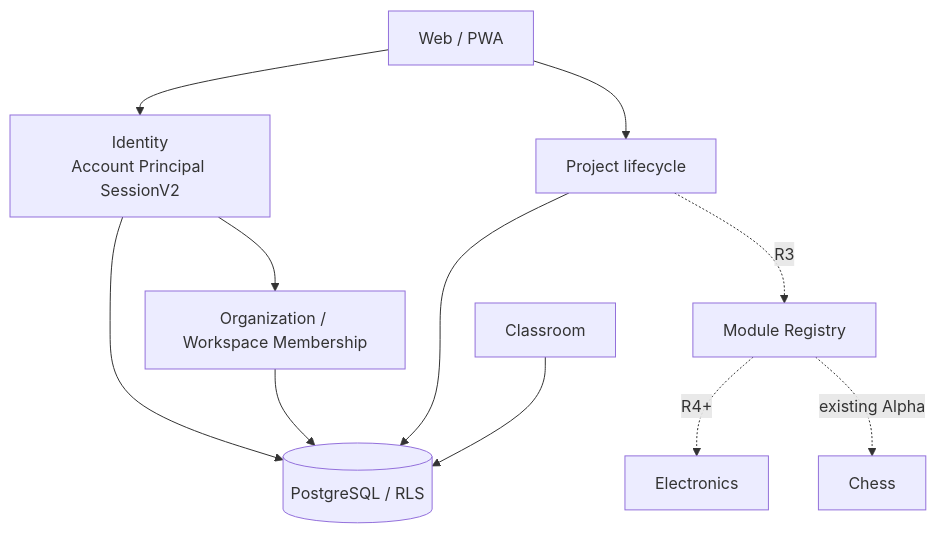
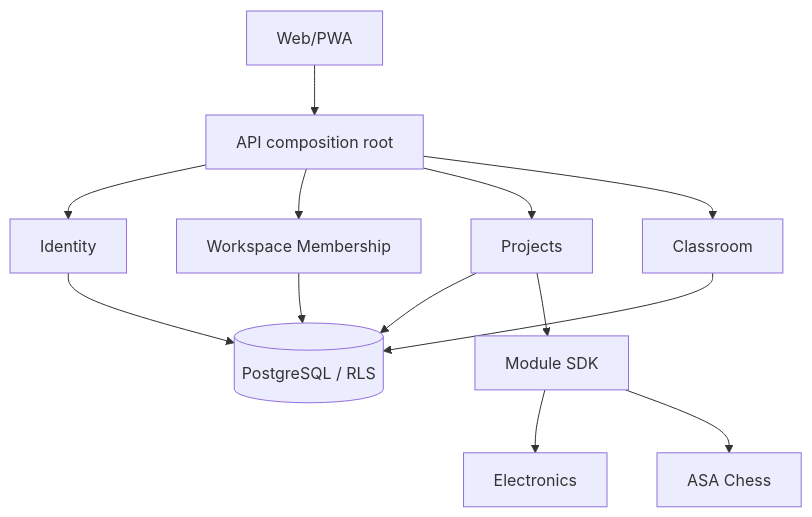
One commit to spikeal8-maker/asa-lab changed the third of 3 diagrams in docs/project-map/PROJECT_MAP.md. Above: the diagram before and after it, drawn with Mermaid. The commit also changed other lines of this file, not shown here.

Commit message:
docs: render completed Account queue and blocked roadmap

````diff
--- a/docs/project-map/PROJECT_MAP.md
+++ b/docs/project-map/PROJECT_MAP.md
@@ -89,23 +86,26 @@
 ```mermaid
 flowchart TB
-    WEB[Web / PWA]
-    ID[Identity<br/>Account Principal SessionV2]
-    ORG[Organization / Workspace Membership]
-    PROJECTS[Project lifecycle]
-    CLASS[Classroom]
-    REGISTRY[Module Registry]
+    WEB[Web/PWA]
+    API[API composition root]
+    ID[Identity]
+    ORG[Workspace Membership]
+    PROJECTS[Projects]
+    CLASSROOM[Classroom]
+    SDK[Module SDK]
     ELEC[Electronics]
-    CHESS[Chess]
+    CHESS[ASA Chess]
     PG[(PostgreSQL / RLS)]
 
-    WEB --> ID
-    WEB --> PROJECTS
-    ID --> ORG
+    WEB --> API
+    API --> ID
+    API --> ORG
+    API --> PROJECTS
+    API --> CLASSROOM
     ID --> PG
     ORG --> PG
     PROJECTS --> PG
-    CLASS --> PG
-    PROJECTS -. R3 .-> REGISTRY
-    REGISTRY -. R4+ .-> ELEC
-    REGISTRY -. existing Alpha .-> CHESS
+    CLASSROOM --> PG
+    PROJECTS --> SDK
+    SDK --> ELEC
+    SDK --> CHESS
 ```
````
